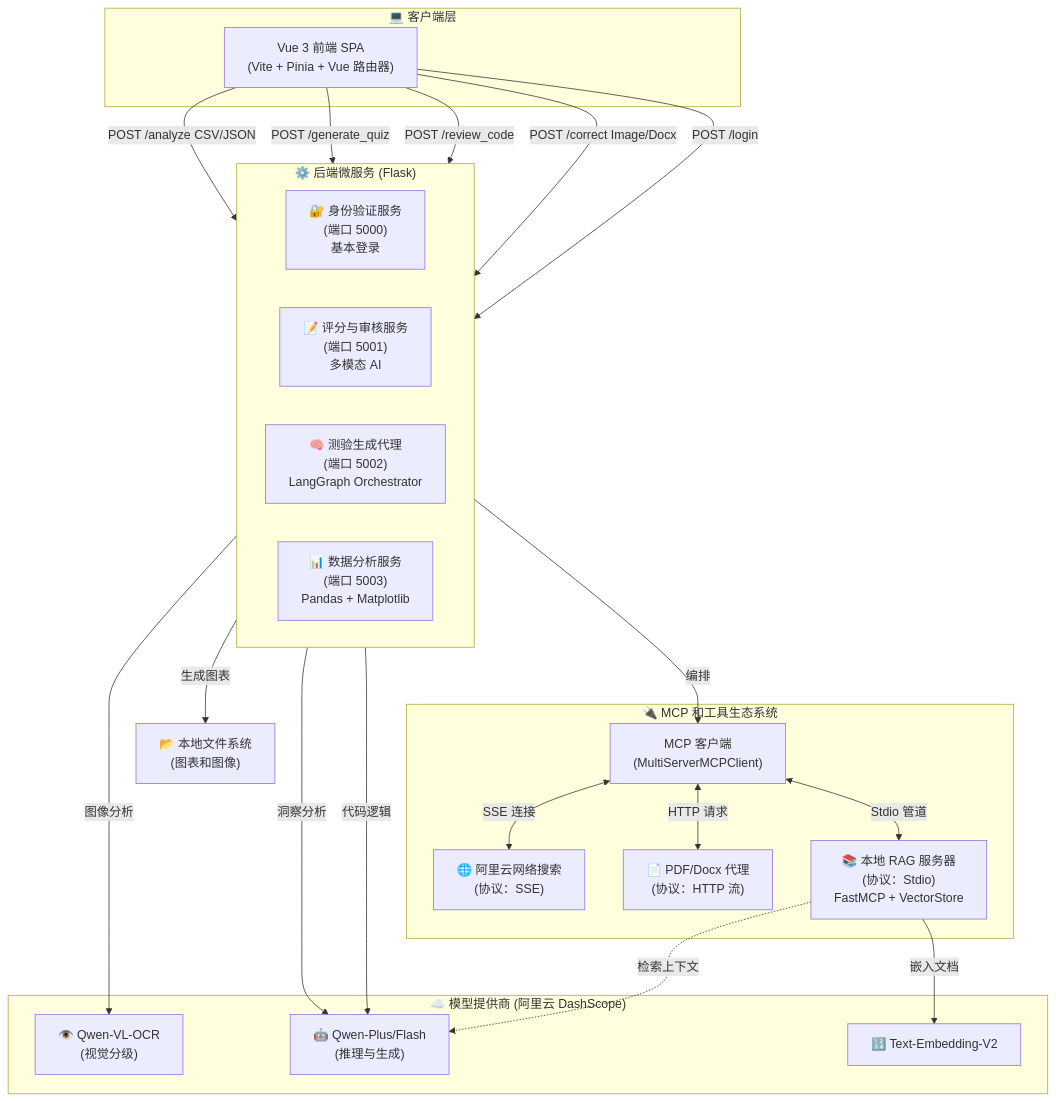
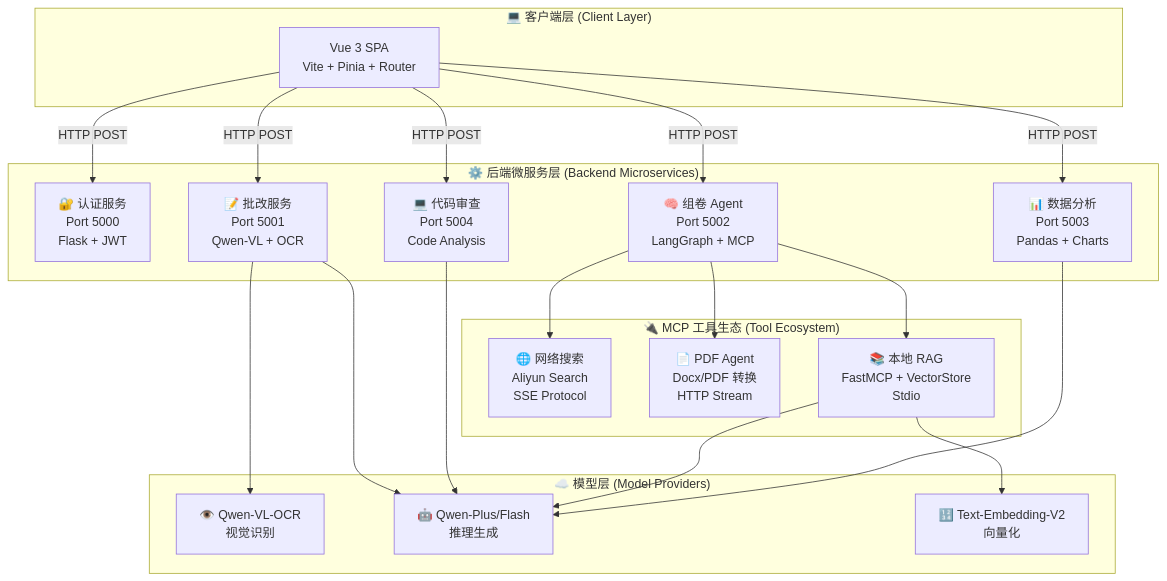
The second of 2 diagrams in README.md (abaiar/Teacher_Assistant_AI), drawn with Mermaid before and after one commit. The commit also changed other lines of this file, not shown here.

````diff
--- a/README.md
+++ b/README.md
@@ -96,73 +286,45 @@
 ```mermaid
 graph TD
-    %% --- 客户端 ---
-    subgraph Client_Layer ["💻 客户端层"]
-        VueApp["Vue 3 前端 SPA<br>(Vite + Pinia + Vue 路由器)"]
+    subgraph "💻 客户端层 (Client Layer)"
+        A[Vue 3 SPA<br/>Vite + Pinia + Router]
     end
 
-    %% --- 后端层（微服务） ---
-    subgraph Backend_Layer ["⚙️ 后端微服务 (Flask)"]
-        direction LR
-        
-        %% 服务 1：身份验证
-        AuthService["🔐 身份验证服务<br>(端口 5000)<br>基本登录"]
-        
-        %% 服务 2：评分
-        GradingService["📝 评分与审核服务<br>(端口 5001)<br>多模态 AI"]
-        
-        %% 服务 3：测验代理（核心）
-        QuizService["🧠 测验生成代理<br>(端口 5002)<br>LangGraph Orchestrator"]
-        
-        %% 服务 4：数据分析
-        DataService["📊 数据分析服务<br>(端口 5003)<br>Pandas + Matplotlib"]
+    subgraph "⚙️ 后端微服务层 (Backend Microservices)"
+        B1[🔐 认证服务<br/>Port 5000<br/>Flask + JWT]
+        B2[📝 批改服务<br/>Port 5001<br/>Qwen-VL + OCR]
+        B3[🧠 组卷 Agent<br/>Port 5002<br/>LangGraph + MCP]
+        B4[📊 数据分析<br/>Port 5003<br/>Pandas + Charts]
+        B5[💻 代码审查<br/>Port 5004<br/>Code Analysis]
     end
 
-    %% --- MCP 和工具层 ---
-    subgraph MCP_Layer ["🔌 MCP 和工具生态系统"]
-        %% MCP 客户端逻辑位于测验服务中
-        MCP_Client["MCP 客户端<br>(MultiServerMCPClient)"]
-        
-        %% 工具 1：网络搜索
-        WebSearch["🌐 阿里云网络搜索<br>(协议：SSE)"]
-        
-        %% 工具 2：PDF
-        PDFTool["📄 PDF/Docx 代理<br>(协议：HTTP 流)"]
-        
-        %% 工具 3：本地 RAG
-        LocalRAG["📚 本地 RAG 服务器<br>(协议：Stdio)<br>FastMCP + VectorStore"]
+    subgraph "🔌 MCP 工具生态 (Tool Ecosystem)"
+        C1[🌐 网络搜索<br/>Aliyun Search<br/>SSE Protocol]
+        C2[📄 PDF Agent<br/>Docx/PDF 转换<br/>HTTP Stream]
+        C3[📚 本地 RAG<br/>FastMCP + VectorStore<br/>Stdio]
     end
 
-    %% --- 模型层 ---
-    subgraph Model_Layer ["☁️ 模型提供商 (阿里云 DashScope)"]
-        QwenVL["👁️ Qwen-VL-OCR<br>(视觉分级)"]
-        QwenMax["🤖 Qwen-Plus/Flash<br>(推理与生成)"]
-        Emb["🔢 Text-Embedding-V2"]
+    subgraph "☁️ 模型层 (Model Providers)"
+        D1[👁️ Qwen-VL-OCR<br/>视觉识别]
+        D2[🤖 Qwen-Plus/Flash<br/>推理生成]
+        D3[🔢 Text-Embedding-V2<br/>向量化]
     end
 
-    %% --- 连接 ---
+    A -->|HTTP POST| B1
+    A -->|HTTP POST| B2
+    A -->|HTTP POST| B3
+    A -->|HTTP POST| B4
+    A -->|HTTP POST| B5
+
+    B2 --> D1
+    B2 --> D2
+    B5 --> D2
+
+    B3 --> C1
+    B3 --> C2
+    B3 --> C3
     
-    %% 前端到后端
-    VueApp -->|POST /login| AuthService
-    VueApp -->|POST /correct Image/Docx| GradingService
-    VueApp -->|POST /review_code| GradingService
-    VueApp -->|POST /generate_quiz| QuizService
-    VueApp -->|POST /analyze CSV/JSON| DataService
+    C3 --> D3
+    C3 --> D2
 
-    %% 分级服务流程
-    GradingService -->|图像分析| QwenVL
-    GradingService -->|代码逻辑| QwenMax
-
-    %% 测验服务流程（复杂部分）
-    QuizService -->|编排| MCP_Client
-    MCP_Client <-->|SSE 连接| WebSearch
-    MCP_Client <-->|HTTP 请求| PDFTool
-    MCP_Client <-->|Stdio 管道| LocalRAG
-    
-    %% RAG 内部
-    LocalRAG -->|嵌入文档| Emb
-    LocalRAG -.->|检索上下文| QwenMax
-
-    %% 数据服务流
-    DataService -->|生成图表| LocalFS["📂 本地文件系统<br>(图表和图像)"]
-    DataService -->|洞察分析| QwenMax
+    B4 --> D2
 ```
````
